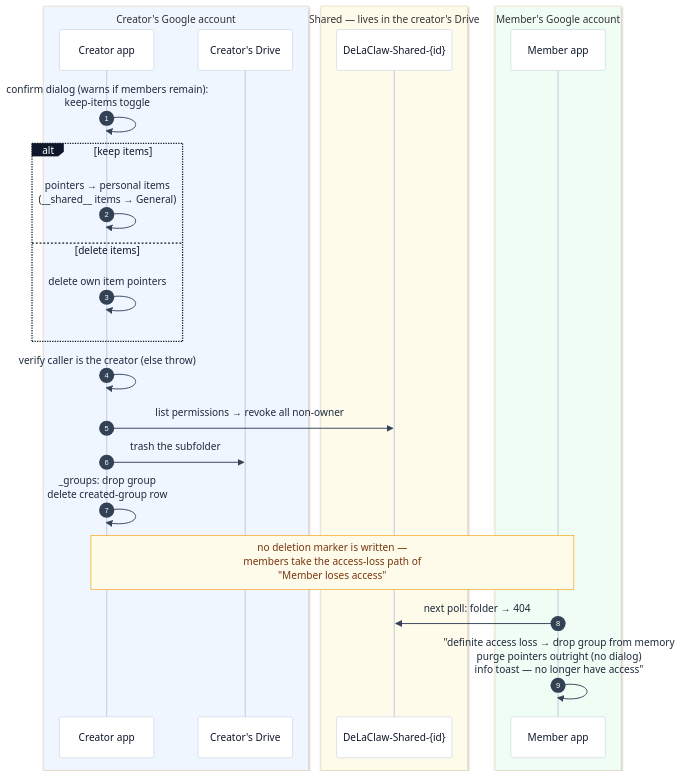
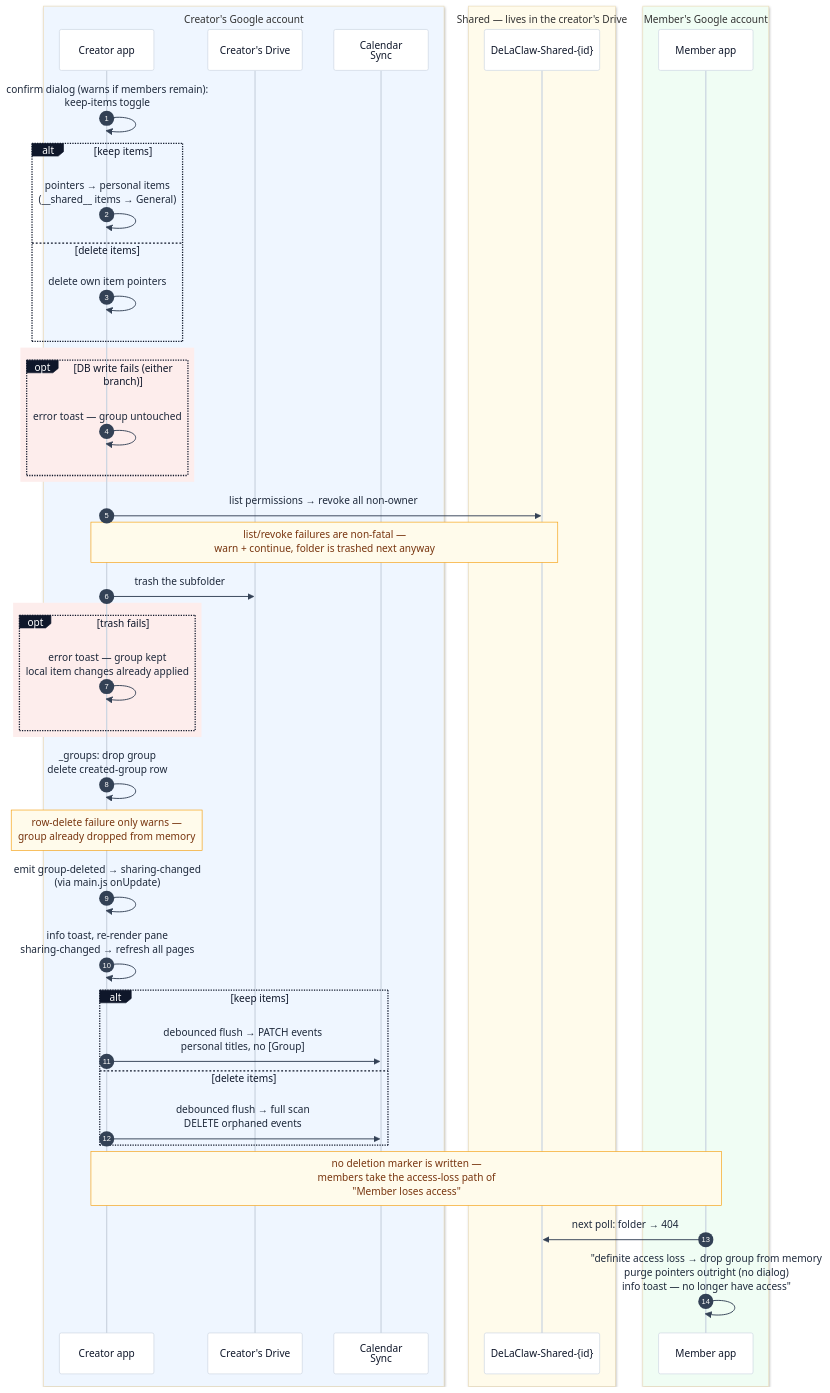
Before and after one commit to AntGro/DeLaClaw: diagram 12 of 14 in docs-site/sharing.md, drawn with Mermaid. The commit also changed other lines of this file and 18 other files, not shown here.

First line of the commit message:
feat(sharing): optimistic mutations, gated account wipe, diagram conventions

````diff
--- a/docs-site/sharing.md
+++ b/docs-site/sharing.md
@@ -505,29 +561,48 @@
 ```mermaid
 %%{init: {'theme': 'base', 'themeVariables': {'background': '#fbfaf8', 'actorBkg': '#ffffff', 'actorBorder': '#cbd5e1', 'actorTextColor': '#0f172a', 'actorLineColor': '#cbd5e1', 'signalColor': '#334155', 'signalTextColor': '#1e293b', 'noteBkgColor': '#fffbeb', 'noteBorderColor': '#f59e0b', 'noteTextColor': '#78350f', 'labelBoxBkgColor': '#0f172a', 'labelBoxBorderColor': '#0f172a', 'labelTextColor': '#ffffff'}}}%%
 sequenceDiagram
     autonumber
     box rgb(239,246,255) Creator's Google account
     participant CA as Creator app
     participant CD as Creator's Drive
+    participant CAL as Calendar<br/>Sync
     end
     box rgb(255,251,235) Shared — lives in the creator's Drive
     participant SF as DeLaClaw-Shared-{id}
     end
     box rgb(240,253,244) Member's Google account
     participant MA as Member app
     end
 
     CA->>CA: confirm dialog (warns if members remain):<br/>keep-items toggle
     alt keep items
     CA->>CA: pointers → personal items<br/>(__shared__ items → General)
     else delete items
     CA->>CA: delete own item pointers
     end
-    CA->>CA: verify caller is the creator (else throw)
+    rect rgb(253, 237, 236)
+    opt DB write fails (either branch)
+        CA->>CA: error toast — group untouched
+    end
+    end
     CA->>SF: list permissions → revoke all non-owner
+    Note over CA,SF: list/revoke failures are non-fatal —<br/>warn + continue, folder is trashed next anyway
     CA->>CD: trash the subfolder
+    rect rgb(253, 237, 236)
+    opt trash fails
+        CA->>CA: error toast — group kept<br/>local item changes already applied
+    end
+    end
     CA->>CA: _groups: drop group<br/>delete created-group row
+    Note over CA: row-delete failure only warns —<br/>group already dropped from memory
+    CA->>CA: emit group-deleted → sharing-changed<br/>(via main.js onUpdate)
+    CA->>CA: info toast, re-render pane<br/>sharing-changed → refresh all pages
+    alt keep items
+    CA->>CAL: debounced flush → PATCH events<br/>personal titles, no [Group]
+    else delete items
+    CA->>CAL: debounced flush → full scan<br/>DELETE orphaned events
+    end
     Note over CA,MA: no deletion marker is written —<br/>members take the access-loss path of<br/>"Member loses access"
     MA->>SF: next poll: folder → 404
     MA->>MA: "definite access loss → drop group from memory<br/>purge pointers outright (no dialog)<br/>info toast — no longer have access"
 ```
````
